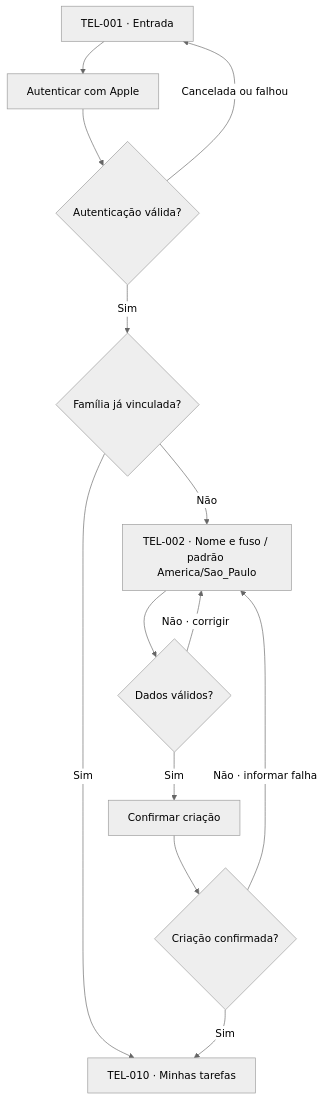
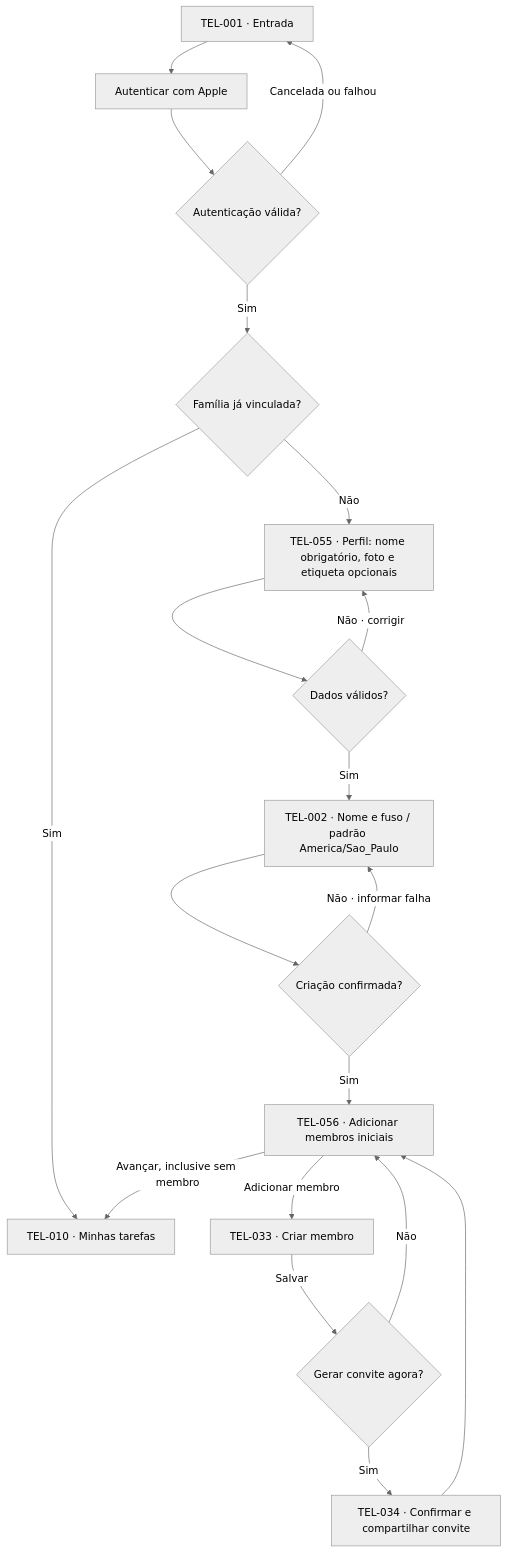
The first of 16 diagrams in docs/design/user-flows.md (lizandramalta/App-Rotina-Familiar), drawn with Mermaid (neutral theme) before and after one commit. The commit also changed other lines of this file and 19 other files, not shown here.

````diff
--- a/docs/design/user-flows.md
+++ b/docs/design/user-flows.md
@@ -69,15 +69,21 @@
 ```mermaid
 flowchart TD
     A["TEL-001 · Entrada"] --> B["Autenticar com Apple"]
     B --> C{"Autenticação válida?"}
     C -->|Cancelada ou falhou| A
     C -->|Sim| D{"Família já vinculada?"}
     D -->|Sim| H["TEL-010 · Minhas tarefas"]
-    D -->|Não| E["TEL-002 · Nome e fuso / padrão America/Sao_Paulo"]
+    D -->|Não| E["TEL-055 · Perfil: nome obrigatório, foto e etiqueta opcionais"]
     E --> F{"Dados válidos?"}
     F -->|Não · corrigir| E
-    F -->|Sim| G["Confirmar criação"]
+    F -->|Sim| G["TEL-002 · Nome e fuso / padrão America/Sao_Paulo"]
     G --> I{"Criação confirmada?"}
-    I -->|Não · informar falha| E
-    I -->|Sim| H
+    I -->|Não · informar falha| G
+    I -->|Sim| J["TEL-056 · Adicionar membros iniciais"]
+    J -->|Adicionar membro| K["TEL-033 · Criar membro"]
+    K -->|Salvar| L{"Gerar convite agora?"}
+    L -->|Sim| M["TEL-034 · Confirmar e compartilhar convite"]
+    M --> J
+    L -->|Não| J
+    J -->|Avançar, inclusive sem membro| H
 ```
````
